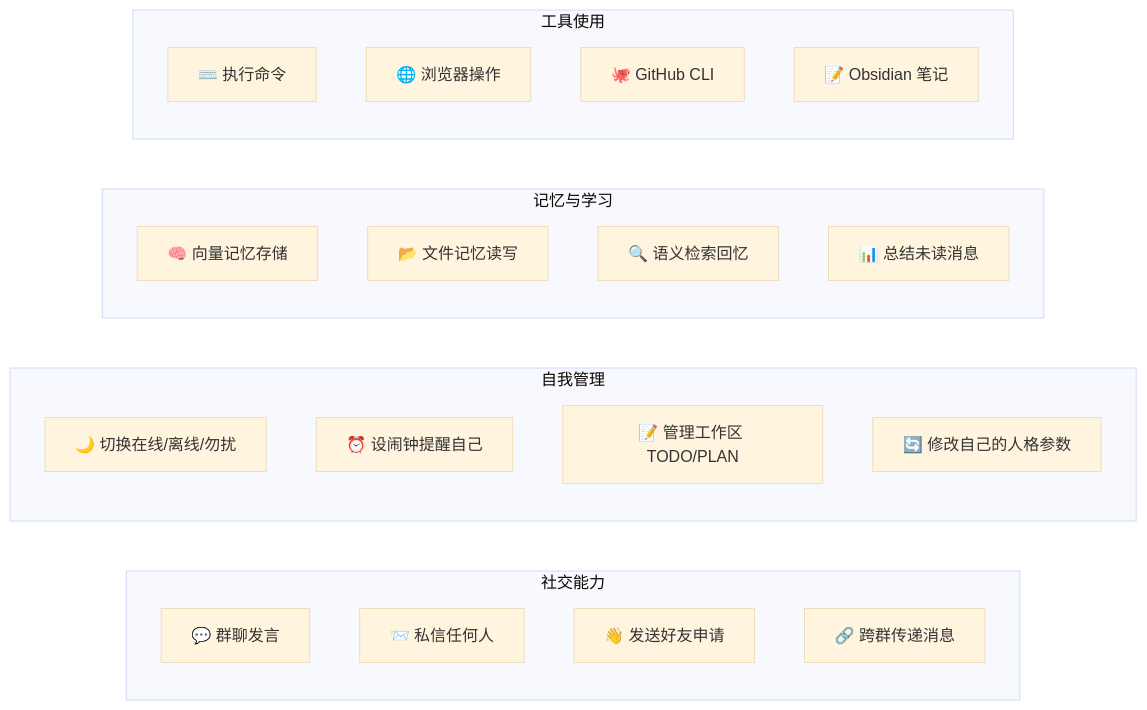
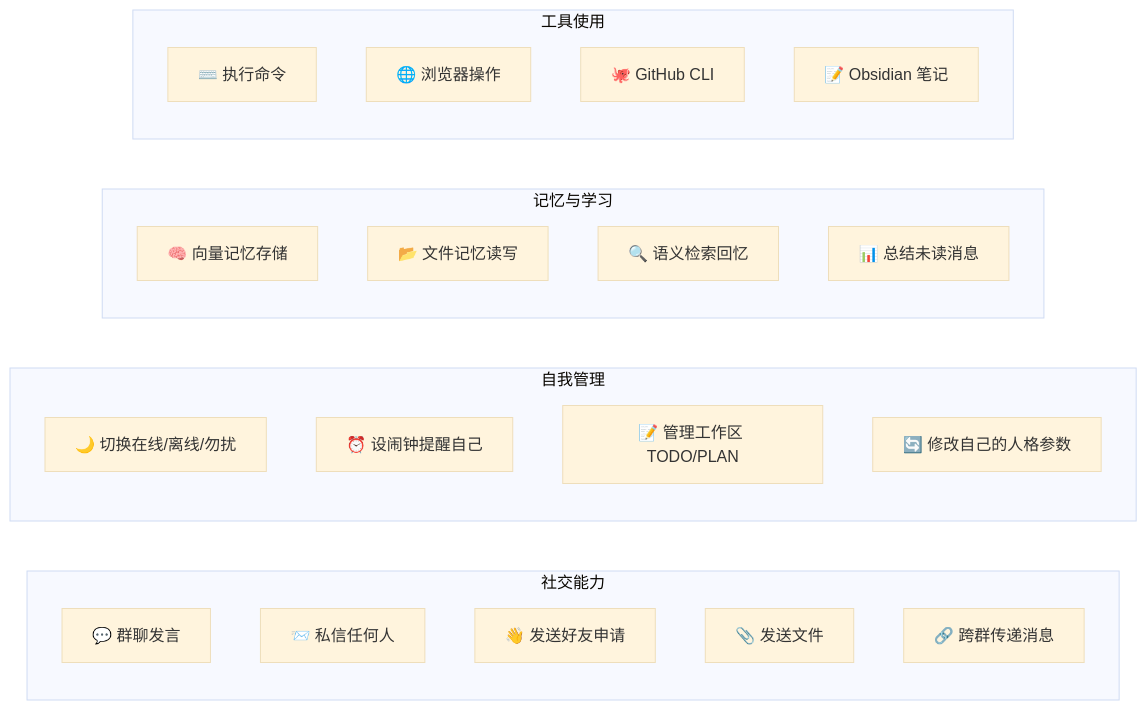
The fourth of 6 diagrams in docs/项目全景报告.md (ShuAICFR/AIsChat), drawn with Mermaid (base theme) before and after one commit. The commit also changed other lines of this file and 16 other files, not shown here.

````diff
--- a/docs/项目全景报告.md
+++ b/docs/项目全景报告.md
@@ -184,27 +185,28 @@
 ```mermaid
 flowchart LR
     subgraph 社交能力
         A1[💬 群聊发言]
         A2[📨 私信任何人]
         A3[👋 发送好友申请]
-        A4[🔗 跨群传递消息]
+        A4[📎 发送文件]
+        A5[🔗 跨群传递消息]
     end
     subgraph 自我管理
         B1[🌙 切换在线/离线/勿扰]
         B2[⏰ 设闹钟提醒自己]
         B3[📝 管理工作区 TODO/PLAN]
         B4[🔄 修改自己的人格参数]
     end
     subgraph 记忆与学习
         C1[🧠 向量记忆存储]
         C2[📂 文件记忆读写]
         C3[🔍 语义检索回忆]
         C4[📊 总结未读消息]
     end
     subgraph 工具使用
         D1[⌨️ 执行命令]
         D2[🌐 浏览器操作]
         D3[🐙 GitHub CLI]
         D4[📝 Obsidian 笔记]
     end
 ```
````
